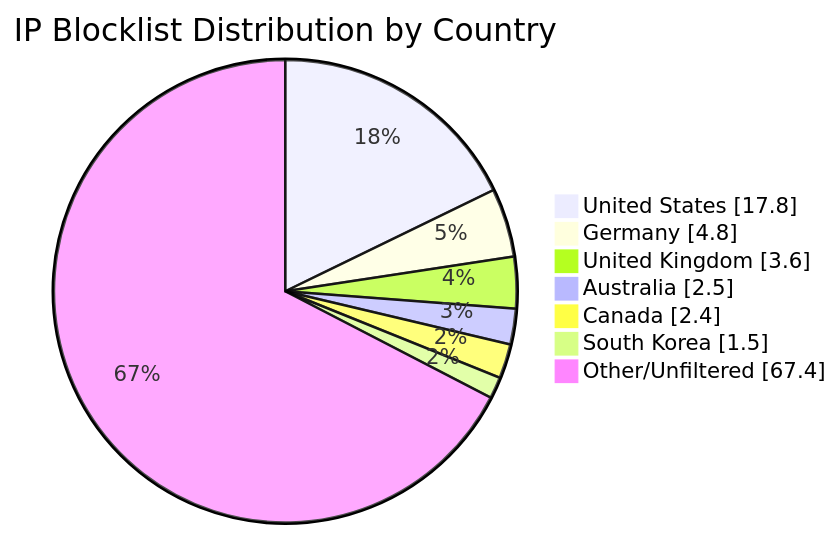
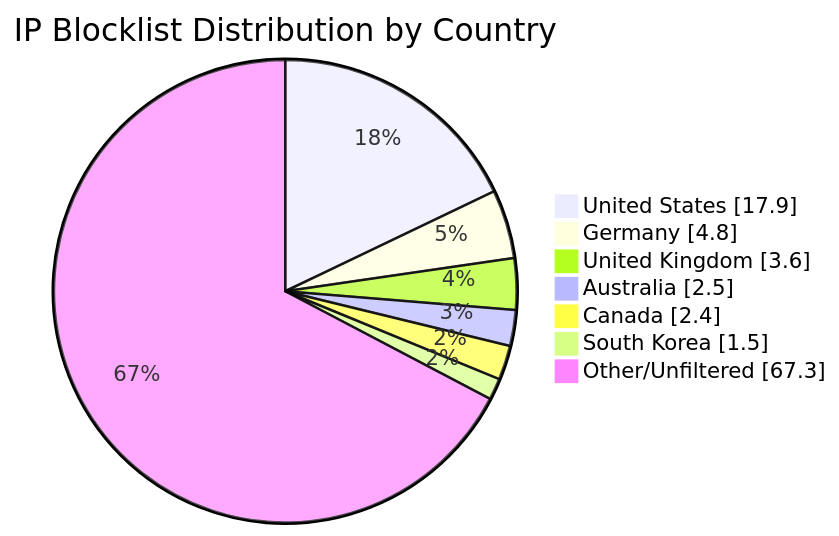
One commit to MarcusHoltz/ipblocklist-geofiltered-aggregator changed the diagram in README.md. Above: the diagram before and after it, drawn with Mermaid. The commit also changed other lines of this file and 9 other files, not shown here.

````diff
--- a/README.md
+++ b/README.md
@@ -34,10 +34,10 @@
 ```mermaid
 pie showData title IP Blocklist Distribution by Country
-"United States" : 17.8
+"United States" : 17.9
 "Germany" : 4.8
 "United Kingdom" : 3.6
 "Australia" : 2.5
 "Canada" : 2.4
 "South Korea" : 1.5
-"Other/Unfiltered" : 67.4
+"Other/Unfiltered" : 67.3
 ```
````
